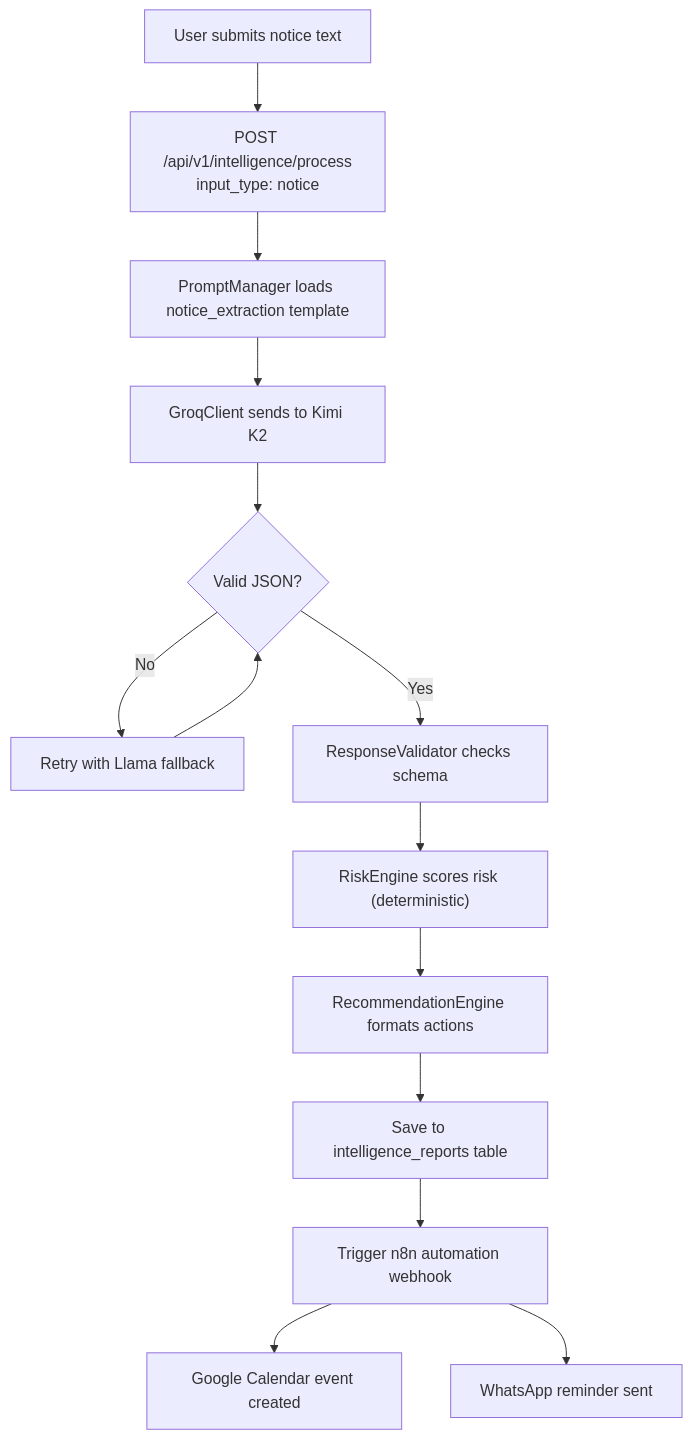
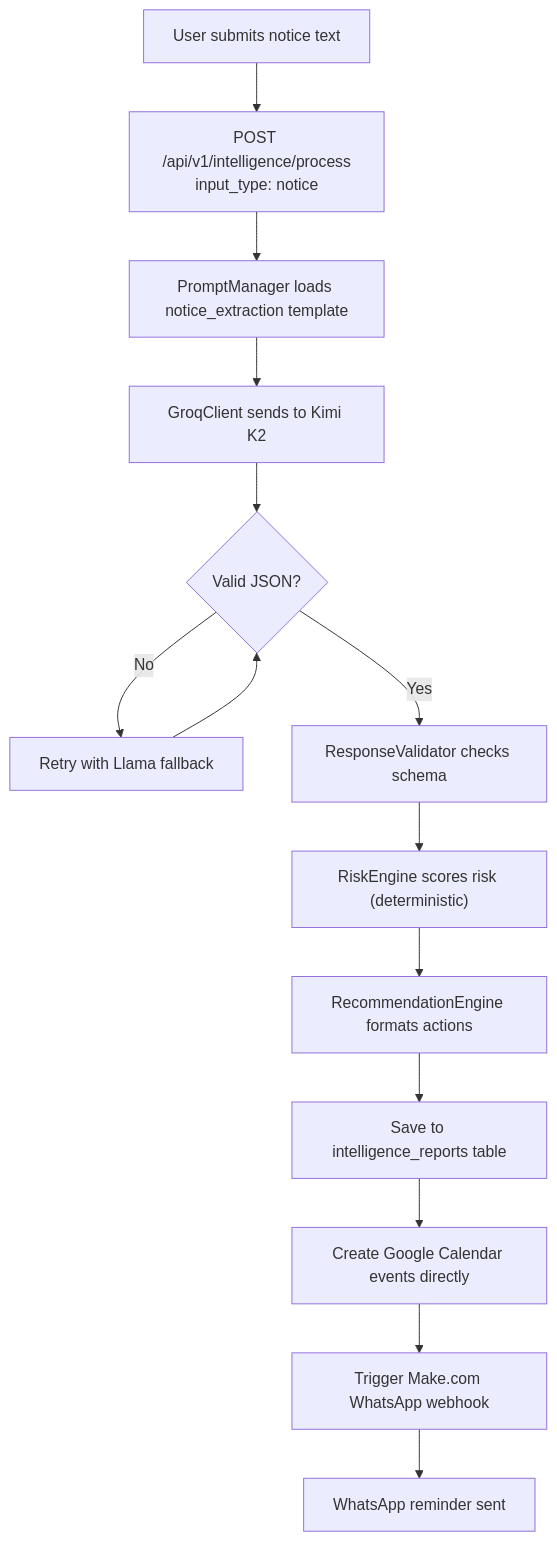
Before and after one commit to AdharshJolly/Academix: the sixth of 9 diagrams in docs/ARCHITECTURE.md, drawn with Mermaid. The commit also changed other lines of this file and 28 other files, not shown here.

````diff
--- a/docs/ARCHITECTURE.md
+++ b/docs/ARCHITECTURE.md
@@ -167,16 +167,16 @@
 ```mermaid
 flowchart TD
     A["User submits notice text"] --> B["POST /api/v1/intelligence/process\ninput_type: notice"]
     B --> C["PromptManager loads notice_extraction template"]
     C --> D["GroqClient sends to Kimi K2"]
     D --> E{Valid JSON?}
     E -- No --> F["Retry with Llama fallback"]
     F --> E
     E -- Yes --> G["ResponseValidator checks schema"]
     G --> H["RiskEngine scores risk (deterministic)"]
     H --> I["RecommendationEngine formats actions"]
     I --> J["Save to intelligence_reports table"]
-    J --> K["Trigger n8n automation webhook"]
-    K --> L["Google Calendar event created"]
-    K --> M["WhatsApp reminder sent"]
+    J --> K["Create Google Calendar events directly"]
+    K --> L["Trigger Make.com WhatsApp webhook"]
+    L --> M["WhatsApp reminder sent"]
 ```
````
